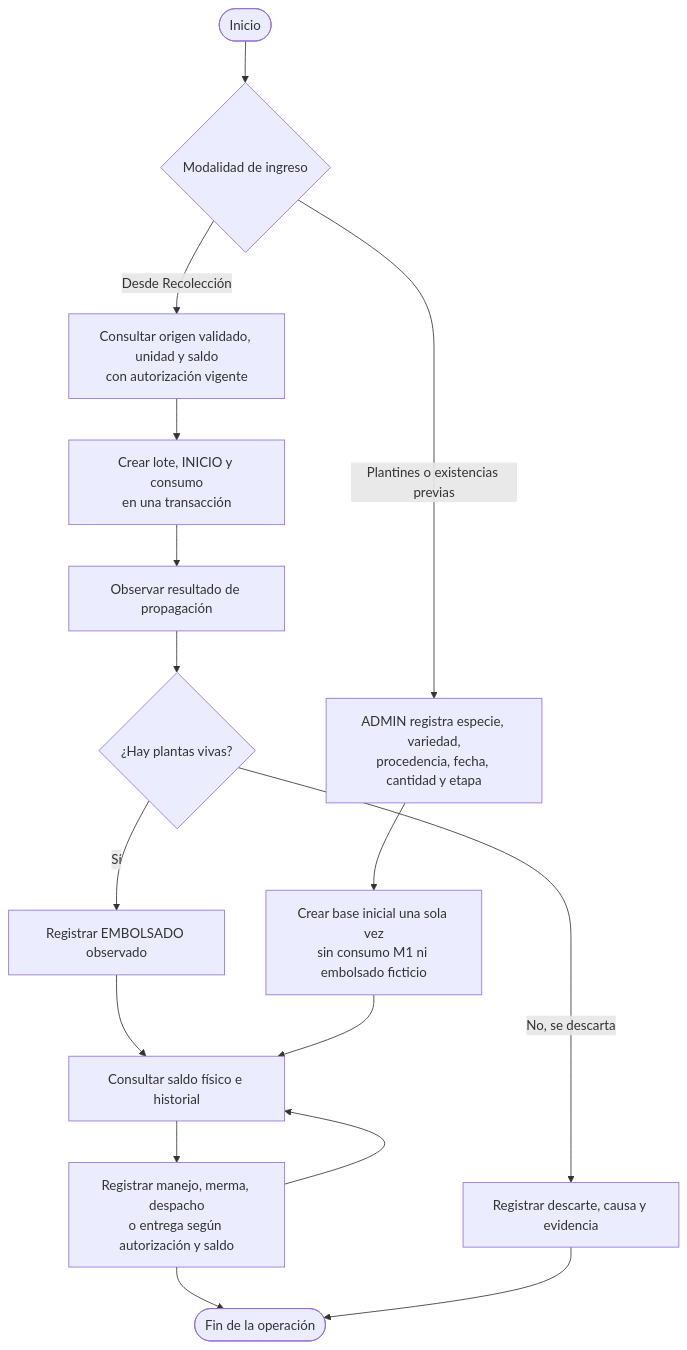
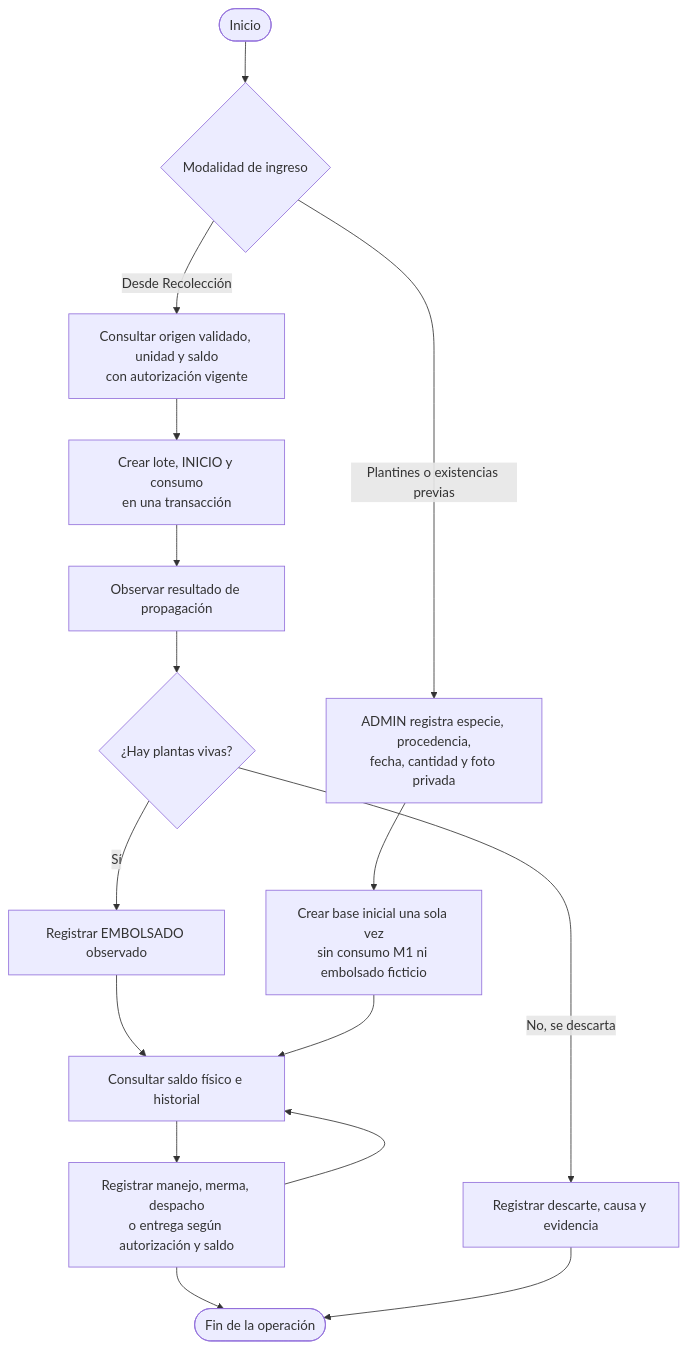
Before and after one commit to R3foresta/r3foresta-docs: diagram 11 of 18 in documentacion-grado/06_entregables/proyecto_grado/03_2_fase_elaboracion.md, drawn with Mermaid. The commit also changed other lines of this file and 672 other files, not shown here.

````diff
--- a/documentacion-grado/06_entregables/proyecto_grado/03_2_fase_elaboracion.md
+++ b/documentacion-grado/06_entregables/proyecto_grado/03_2_fase_elaboracion.md
@@ -521,18 +552,18 @@
 ```mermaid
-flowchart TD
+flowchart TB
     I(["Inicio"]) --> MOD{"Modalidad de ingreso"}
     MOD -->|"Desde Recolección"| O["Consultar origen validado, unidad y saldo<br/>con autorización vigente"]
     O --> T["Crear lote, INICIO y consumo<br/>en una transacción"]
     T --> P["Observar resultado de propagación"]
     P --> R{"¿Hay plantas vivas?"}
     R -->|"Sí"| E["Registrar EMBOLSADO observado"]
     R -->|"No, se descarta"| X["Registrar descarte, causa y evidencia"]
-    MOD -->|"Plantines o existencias previas"| AD["ADMIN registra especie, variedad,<br/>procedencia, fecha, cantidad y etapa"]
+    MOD -->|"Plantines o existencias previas"| AD["ADMIN registra especie, procedencia,<br/>fecha, cantidad y foto privada"]
     AD --> N["Crear base inicial una sola vez<br/>sin consumo M1 ni embolsado ficticio"]
     E --> SAL["Consultar saldo físico e historial"]
     N --> SAL
     SAL --> OP["Registrar manejo, merma, despacho<br/>o entrega según autorización y saldo"]
     OP --> SAL
     OP --> FIN(["Fin de la operación"])
     X --> FIN
 ```
````
